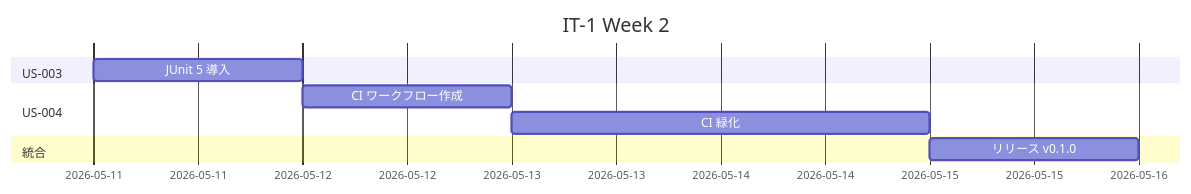
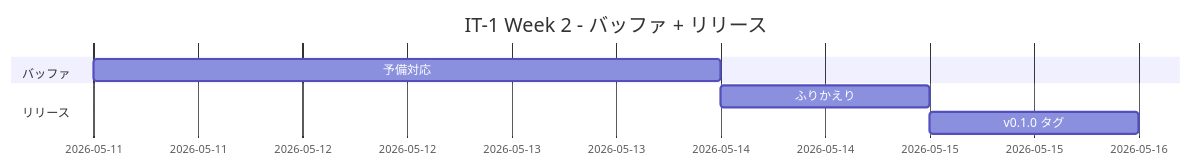
The second of 4 diagrams in docs/development/iteration_plan-1.md (k2works/ai-programing-exercise), drawn with Mermaid before and after one commit. The commit also changed other lines of this file and 3 other files, not shown here.

````diff
--- a/docs/development/iteration_plan-1.md
+++ b/docs/development/iteration_plan-1.md
@@ -184,12 +163,10 @@
 ```mermaid
 gantt
-    title IT-1 Week 2
+    title IT-1 Week 2 - バッファ + リリース
     dateFormat  YYYY-MM-DD
-    section US-003
-    JUnit 5 導入         :a1, 2026-05-11, 1d
-    section US-004
-    CI ワークフロー作成  :a2, after a1, 1d
-    CI 緑化              :a3, after a2, 2d
-    section 統合
-    リリース v0.1.0      :a4, after a3, 1d
+    section バッファ
+    予備対応             :a1, 2026-05-11, 3d
+    section リリース
+    ふりかえり           :a2, after a1, 1d
+    v0.1.0 タグ          :a3, after a2, 1d
 ```
````
